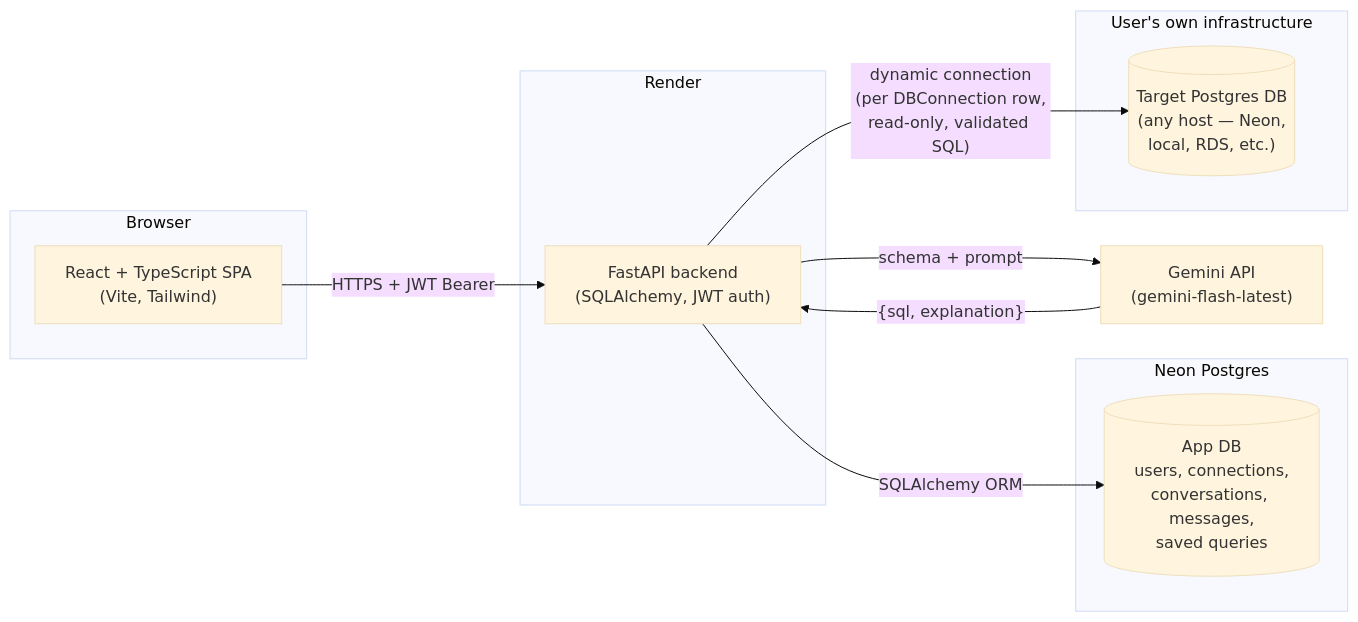
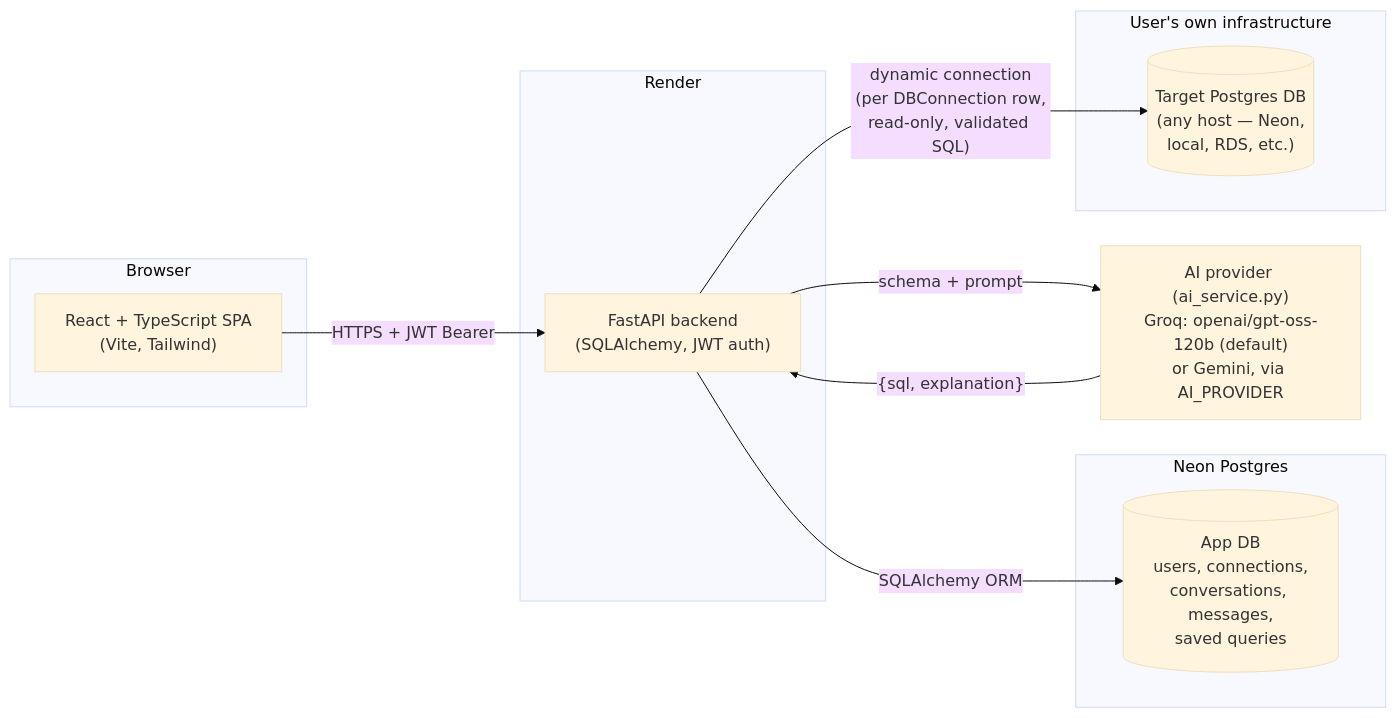
The diagram in docs/ARCHITECTURE.md (yamiamit/AISqlAssistant), drawn with Mermaid (base theme) before and after one commit. The commit also changed other lines of this file and 2 other files, not shown here.

Commit message:
updated read me

````diff
--- a/docs/ARCHITECTURE.md
+++ b/docs/ARCHITECTURE.md
@@ -5,26 +5,26 @@
 ```mermaid
 flowchart LR
     subgraph Client["Browser"]
         FE["React + TypeScript SPA<br/>(Vite, Tailwind)"]
     end
 
     subgraph Render["Render"]
         API["FastAPI backend<br/>(SQLAlchemy, JWT auth)"]
     end
 
     subgraph Neon["Neon Postgres"]
         AppDB[("App DB<br/>users, connections,<br/>conversations, messages,<br/>saved queries")]
     end
 
     subgraph UserInfra["User's own infrastructure"]
         TargetDB[("Target Postgres DB<br/>(any host — Neon,<br/>local, RDS, etc.)")]
     end
 
-    Gemini["Gemini API<br/>(gemini-flash-latest)"]
+    AI["AI provider (ai_service.py)<br/>Groq: openai/gpt-oss-120b (default)<br/>or Gemini, via AI_PROVIDER"]
 
     FE -- "HTTPS + JWT Bearer" --> API
     API -- "SQLAlchemy ORM" --> AppDB
     API -- "dynamic connection<br/>(per DBConnection row,<br/>read-only, validated SQL)" --> TargetDB
-    API -- "schema + prompt" --> Gemini
-    Gemini -- "{sql, explanation}" --> API
+    API -- "schema + prompt" --> AI
+    AI -- "{sql, explanation}" --> API
 ```
````
